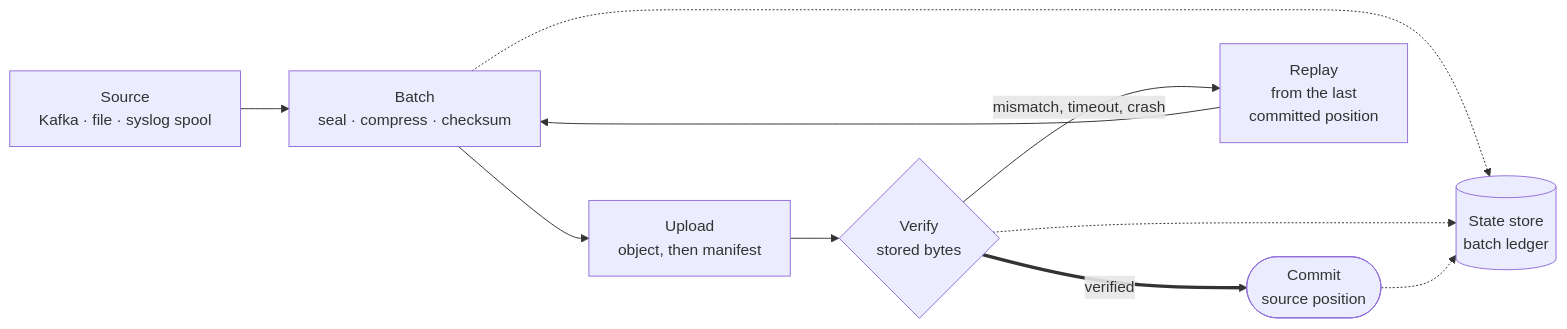
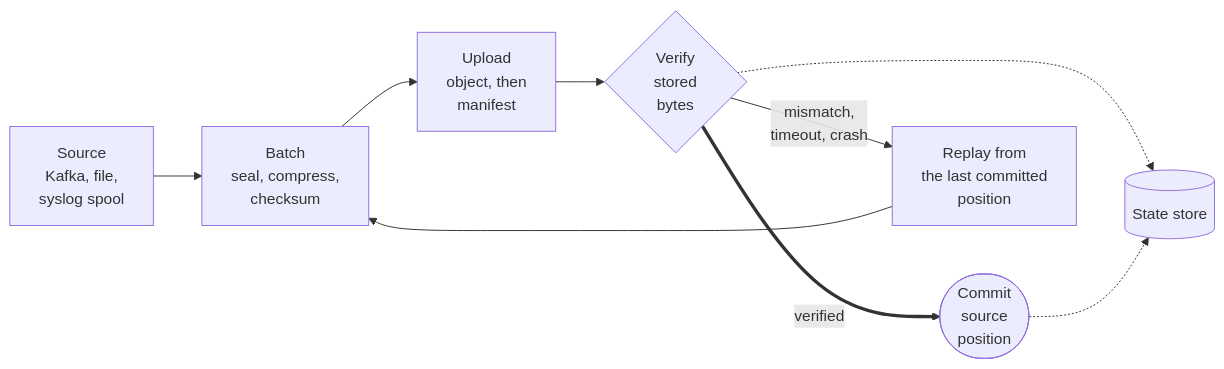
The second of 2 diagrams in README.md (allamiro/vtop-engine), drawn with Mermaid before and after one commit. The commit also changed other lines of this file, not shown here.

Commit message:
docs: the README's diagrams fit GitHub's column
The batch state machine runs top to bottom, and the flow diagram's labels
wrap, so neither is scaled down to half size in a README-width column.

````diff
--- a/README.md
+++ b/README.md
@@ -176,18 +176,17 @@
 ```mermaid
 flowchart LR
-    S["Source<br/>Kafka · file · syslog spool"]
-    B["Batch<br/>seal · compress · checksum"]
-    U["Upload<br/>object, then manifest"]
-    V{"Verify<br/>stored bytes"}
-    C(["Commit<br/>source position"])
-    L[("State store<br/>batch ledger")]
-    R["Replay<br/>from the last<br/>committed position"]
+    S["Source<br/>Kafka, file,<br/>syslog spool"]
+    B["Batch<br/>seal, compress,<br/>checksum"]
+    U["Upload<br/>object, then<br/>manifest"]
+    V{"Verify<br/>stored<br/>bytes"}
+    C(["Commit<br/>source<br/>position"])
+    R["Replay from<br/>the last committed<br/>position"]
+    L[("State store")]
 
     S --> B --> U --> V
-    V ==>|"verified"| C
-    V -->|"mismatch, timeout, crash"| R
+    V ==>|verified| C
+    V -->|"mismatch,<br/>timeout, crash"| R
     R --> B
-    B -.-> L
     V -.-> L
     C -.-> L
 ```
````
